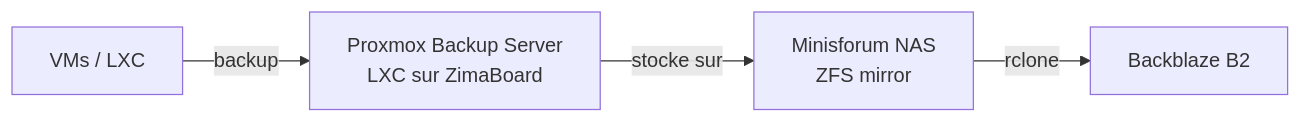
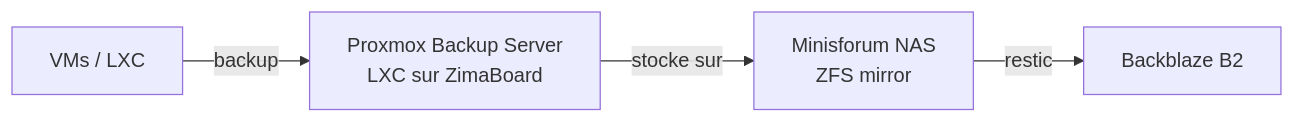
Before and after one commit to GabinSMD/homelab-doc: the second of 2 diagrams in docs/infrastructure/backups.md, drawn with Mermaid. The commit also changed other lines of this file, not shown here.

First line of the commit message:
docs: rewrite backups.md for restic migration

````diff
--- a/docs/infrastructure/backups.md
+++ b/docs/infrastructure/backups.md
@@ -149,6 +207,6 @@
 ```mermaid
 graph LR
     VMs[VMs / LXC] -->|backup| PBS[Proxmox Backup Server<br/>LXC sur ZimaBoard]
     PBS -->|stocke sur| NAS[Minisforum NAS<br/>ZFS mirror]
-    NAS -->|rclone| B2[Backblaze B2]
+    NAS -->|restic| B2[Backblaze B2]
 ```
````
